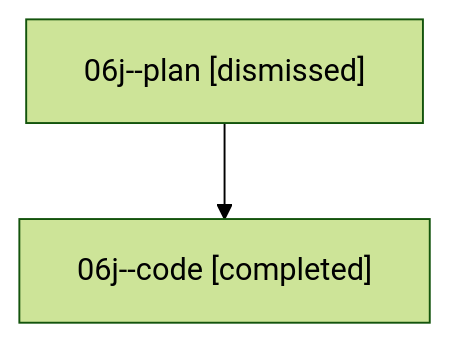
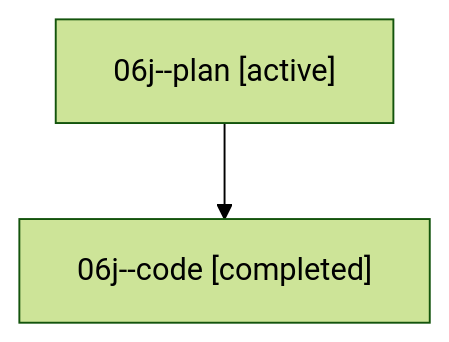
The diagram in families/bbugyi200.athena.06j.md (sase-org/sase--agents), drawn with Mermaid (forest theme) before and after one commit. The commit also changed other lines of this file and 35830 other files, not shown here.

````diff
--- a/families/bbugyi200.athena.06j.md
+++ b/families/bbugyi200.athena.06j.md
@@ -9,6 +9,6 @@
 ```mermaid
 flowchart TD
-  n0["06j--plan [dismissed]"]
+  n0["06j--plan [active]"]
   n1["06j--code [completed]"]
   n0 --> n1
 ```
````
